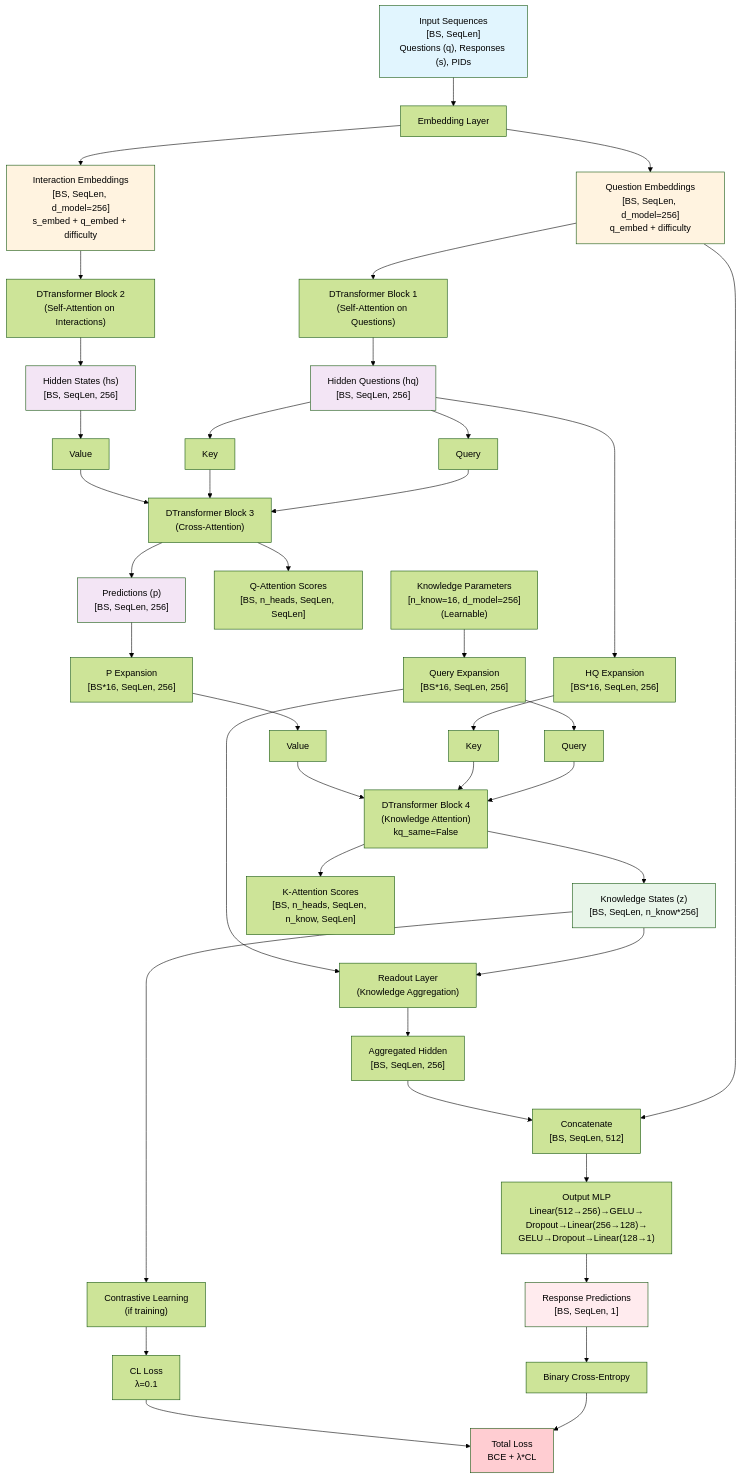
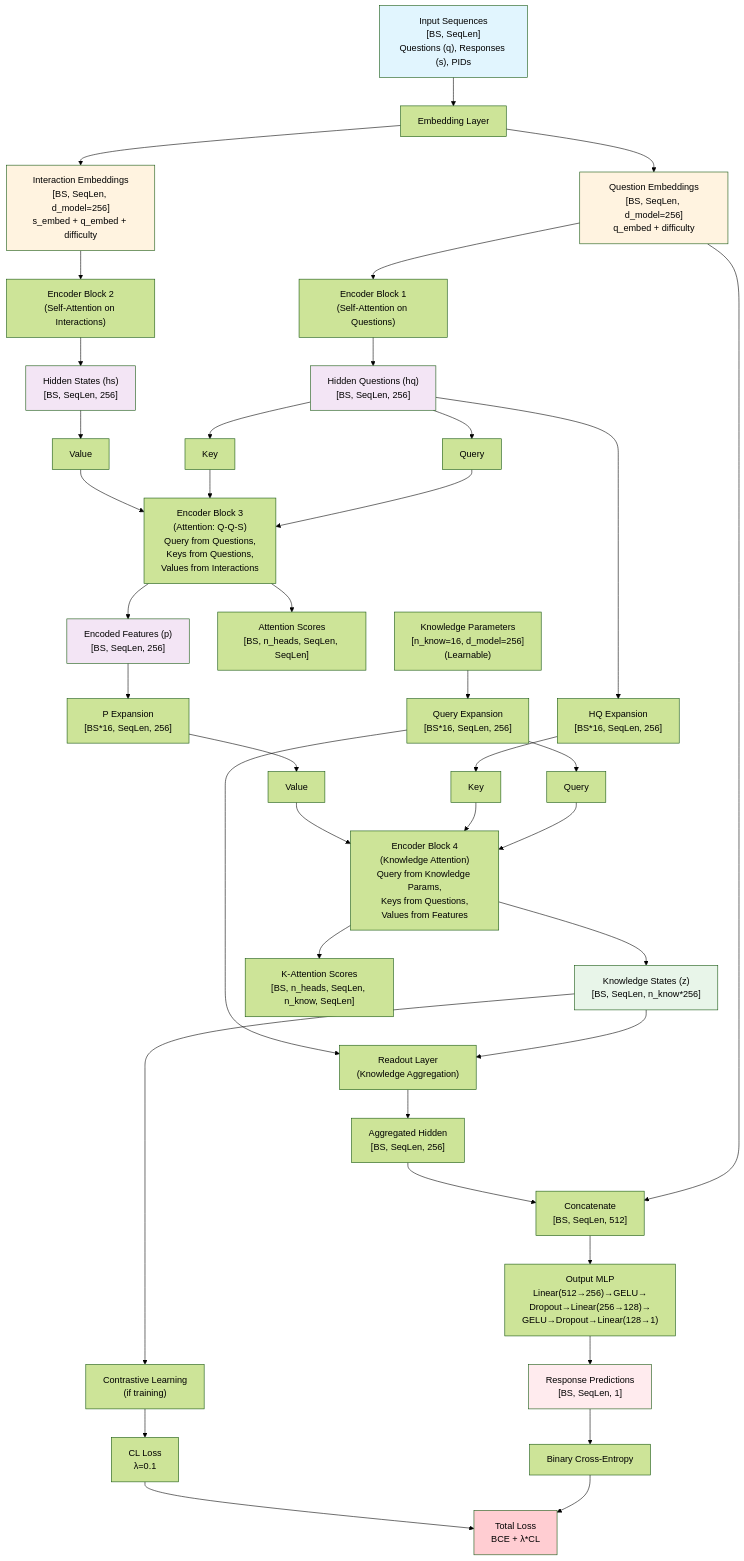
One commit to clabra/pykt-toolkit changed the third of 8 diagrams in assistant/simakt.md. Above: the diagram before and after it, drawn with Mermaid (forest theme). The commit also changed other lines of this file, not shown here.

Commit message:
doc: to-be architecture diagram with additional inter-student attention

````diff
--- a/assistant/simakt.md
+++ b/assistant/simakt.md
@@ -557,74 +560,74 @@
 ```mermaid
 graph TB
     %% Input Data
     Input["Input Sequences<br/>[BS, SeqLen]<br/>Questions (q), Responses (s), PIDs"]
     
     %% Embedding Layer
     Input --> EmbLayer["Embedding Layer"]
     EmbLayer --> QEmb["Question Embeddings<br/>[BS, SeqLen, d_model=256]<br/>q_embed + difficulty"]
     EmbLayer --> SEmb["Interaction Embeddings<br/>[BS, SeqLen, d_model=256]<br/>s_embed + q_embed + difficulty"]
     
-    %% Transformer Block 1
-    QEmb --> TB1["DTransformer Block 1<br/>(Self-Attention on Questions)"]
+    %% Encoder Block 1
+    QEmb --> TB1["Encoder Block 1<br/>(Self-Attention on Questions)"]
     TB1 --> HQ["Hidden Questions (hq)<br/>[BS, SeqLen, 256]"]
     
-    %% Transformer Block 2
-    SEmb --> TB2["DTransformer Block 2<br/>(Self-Attention on Interactions)"]
+    %% Encoder Block 2
+    SEmb --> TB2["Encoder Block 2<br/>(Self-Attention on Interactions)"]
     TB2 --> HS["Hidden States (hs)<br/>[BS, SeqLen, 256]"]
     
-    %% Transformer Block 3
+    %% Encoder Block 3
     HQ --> TB3Q[Query]
     HQ --> TB3K[Key]
     HS --> TB3V[Value]
-    TB3Q --> TB3["DTransformer Block 3<br/>(Cross-Attention)"]
+    TB3Q --> TB3["Encoder Block 3<br/>(Attention: Q-Q-S)<br/>Query from Questions,<br/>Keys from Questions,<br/>Values from Interactions"]
     TB3K --> TB3
     TB3V --> TB3
-    TB3 --> P["Predictions (p)<br/>[BS, SeqLen, 256]"]
-    TB3 --> QScores["Q-Attention Scores<br/>[BS, n_heads, SeqLen, SeqLen]"]
+    TB3 --> P["Encoded Features (p)<br/>[BS, SeqLen, 256]"]
+    TB3 --> QScores["Attention Scores<br/>[BS, n_heads, SeqLen, SeqLen]"]
     
     %% Knowledge Encoder
     KnowParams["Knowledge Parameters<br/>[n_know=16, d_model=256]<br/>(Learnable)"]
     KnowParams --> Query["Query Expansion<br/>[BS*16, SeqLen, 256]"]
     HQ --> HQExp["HQ Expansion<br/>[BS*16, SeqLen, 256]"]
     P --> PExp["P Expansion<br/>[BS*16, SeqLen, 256]"]
     
-    %% Transformer Block 4
+    %% Encoder Block 4
     Query --> TB4Qu[Query]
     HQExp --> TB4K[Key]
     PExp --> TB4V[Value]
-    TB4Qu --> TB4["DTransformer Block 4<br/>(Knowledge Attention)<br/>kq_same=False"]
+    TB4Qu --> TB4["Encoder Block 4<br/>(Knowledge Attention)<br/>Query from Knowledge Params,<br/>Keys from Questions,<br/>Values from Features"]
     TB4K --> TB4
     TB4V --> TB4
     TB4 --> Z["Knowledge States (z)<br/>[BS, SeqLen, n_know*256]"]
     TB4 --> KScores["K-Attention Scores<br/>[BS, n_heads, SeqLen, n_know, SeqLen]"]
     
     %% Readout and Output
     Z --> Readout["Readout Layer<br/>(Knowledge Aggregation)"]
     Query --> Readout
     Readout --> H["Aggregated Hidden<br/>[BS, SeqLen, 256]"]
     
     QEmb --> Concat["Concatenate<br/>[BS, SeqLen, 512]"]
     H --> Concat
     
     Concat --> OutLayer["Output MLP<br/>Linear(512→256)→GELU→<br/>Dropout→Linear(256→128)→<br/>GELU→Dropout→Linear(128→1)"]
     OutLayer --> Logits["Response Predictions<br/>[BS, SeqLen, 1]"]
     
     %% Contrastive Learning
     Z --> CL["Contrastive Learning<br/>(if training)"]
     CL --> CLLoss["CL Loss<br/>λ=0.1"]
     
     %% Loss Computation
     Logits --> BCE["Binary Cross-Entropy"]
     BCE --> TotalLoss["Total Loss<br/>BCE + λ*CL"]
     CLLoss --> TotalLoss
     
     style Input fill:#e1f5fe
     style QEmb fill:#fff3e0
     style SEmb fill:#fff3e0
     style HQ fill:#f3e5f5
     style HS fill:#f3e5f5
     style P fill:#f3e5f5
     style Z fill:#e8f5e9
     style Logits fill:#ffebee
     style TotalLoss fill:#ffcdd2
 ```
````
